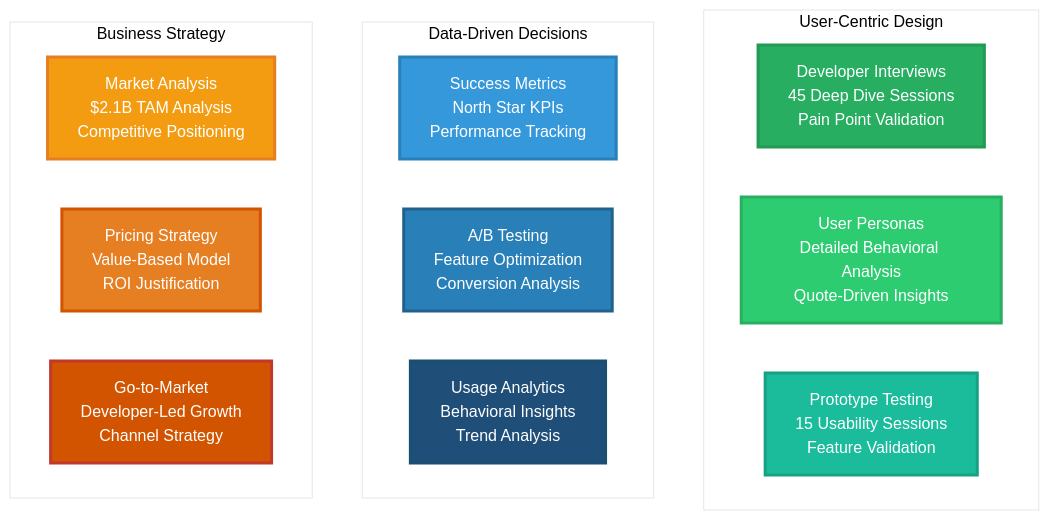
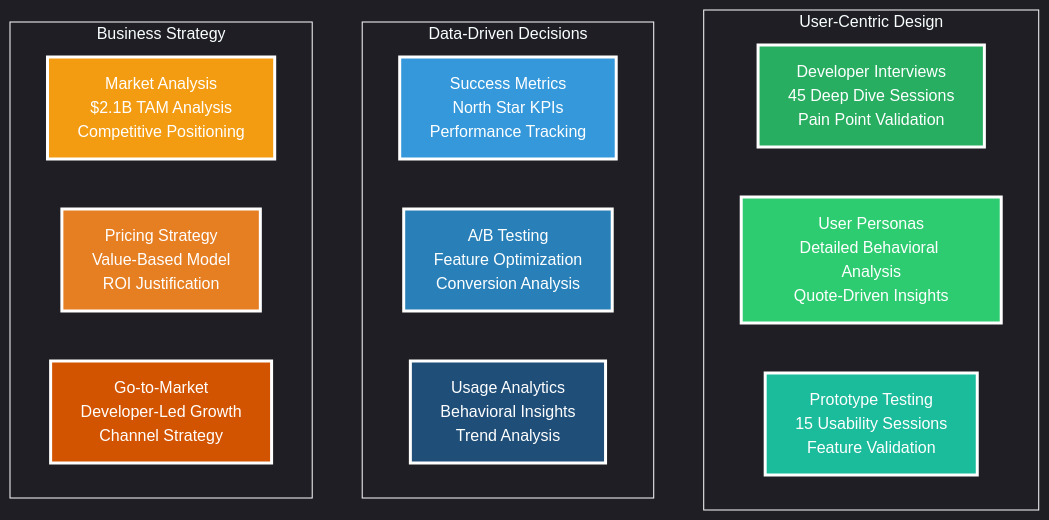
One commit to PriscillaOng12/AI-Code-Review-Squad changed diagram 12 of 20 in README.md. Above: the diagram before and after it, drawn with Mermaid. The commit also changed other lines of this file, not shown here.

````diff
--- a/README.md
+++ b/README.md
@@ -413,33 +413,33 @@
 ```mermaid
-%%{init: {'theme': 'base', 'themeVariables': {'primaryColor': '#ffffff', 'primaryTextColor': '#2c3e50', 'primaryBorderColor': '#2c3e50', 'lineColor': '#34495e', 'secondaryColor': '#ffffff', 'tertiaryColor': '#ffffff', 'background': '#ffffff', 'mainBkg': '#ffffff', 'secondBkg': '#ffffff', 'tertiaryBkg': '#ffffff'}}}%%
+%%{init: {'theme': 'dark', 'themeVariables': {'primaryColor': 'transparent', 'primaryTextColor': '#ffffff', 'primaryBorderColor': '#ffffff', 'lineColor': '#ffffff', 'secondaryColor': 'transparent', 'tertiaryColor': 'transparent', 'background': 'transparent', 'mainBkg': 'transparent', 'secondBkg': 'transparent', 'tertiaryBkg': 'transparent', 'clusterBkg': 'transparent', 'clusterBorder': '#ffffff', 'edgeLabelBackground': 'transparent'}}}%%
 graph TB
     subgraph "User-Centric Design"
         INTERVIEWS[Developer Interviews<br/>45 Deep Dive Sessions<br/>Pain Point Validation]
         PERSONAS[User Personas<br/>Detailed Behavioral Analysis<br/>Quote-Driven Insights]
         TESTING[Prototype Testing<br/>15 Usability Sessions<br/>Feature Validation]
     end
     
     subgraph "Data-Driven Decisions"
         METRICS[Success Metrics<br/>North Star KPIs<br/>Performance Tracking]
         AB[A/B Testing<br/>Feature Optimization<br/>Conversion Analysis]
         ANALYTICS[Usage Analytics<br/>Behavioral Insights<br/>Trend Analysis]
     end
     
     subgraph "Business Strategy"
         MARKET[Market Analysis<br/>$2.1B TAM Analysis<br/>Competitive Positioning]
         PRICING[Pricing Strategy<br/>Value-Based Model<br/>ROI Justification]
         GTM[Go-to-Market<br/>Developer-Led Growth<br/>Channel Strategy]
     end
     
-    style INTERVIEWS fill:#27ae60,stroke:#229954,stroke-width:3px,color:#ffffff
-    style PERSONAS fill:#2ecc71,stroke:#27ae60,stroke-width:3px,color:#ffffff
-    style TESTING fill:#1abc9c,stroke:#16a085,stroke-width:3px,color:#ffffff
+    style INTERVIEWS fill:#27ae60,stroke:#ffffff,stroke-width:3px,color:#ffffff
+    style PERSONAS fill:#2ecc71,stroke:#ffffff,stroke-width:3px,color:#ffffff
+    style TESTING fill:#1abc9c,stroke:#ffffff,stroke-width:3px,color:#ffffff
     
-    style METRICS fill:#3498db,stroke:#2980b9,stroke-width:3px,color:#ffffff
-    style AB fill:#2980b9,stroke:#21618c,stroke-width:3px,color:#ffffff
-    style ANALYTICS fill:#1f4e79,stroke:#1b4f72,stroke-width:3px,color:#ffffff
+    style METRICS fill:#3498db,stroke:#ffffff,stroke-width:3px,color:#ffffff
+    style AB fill:#2980b9,stroke:#ffffff,stroke-width:3px,color:#ffffff
+    style ANALYTICS fill:#1f4e79,stroke:#ffffff,stroke-width:3px,color:#ffffff
     
-    style MARKET fill:#f39c12,stroke:#e67e22,stroke-width:3px,color:#ffffff
-    style PRICING fill:#e67e22,stroke:#d35400,stroke-width:3px,color:#ffffff
-    style GTM fill:#d35400,stroke:#c0392b,stroke-width:3px,color:#ffffff
+    style MARKET fill:#f39c12,stroke:#ffffff,stroke-width:3px,color:#ffffff
+    style PRICING fill:#e67e22,stroke:#ffffff,stroke-width:3px,color:#ffffff
+    style GTM fill:#d35400,stroke:#ffffff,stroke-width:3px,color:#ffffff
 ```
````
